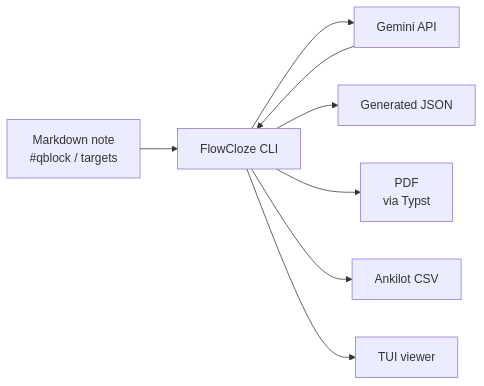
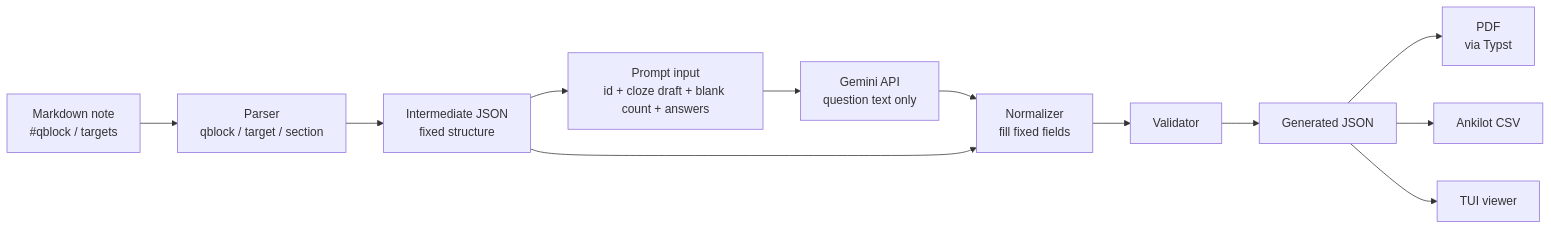
The diagram in README.en.md (sankaku789/FlowCloze), drawn with Mermaid before and after one commit. The commit also changed other lines of this file and 14 other files, not shown here.

````diff
--- a/README.en.md
+++ b/README.en.md
@@ -37,10 +38,14 @@
 ```mermaid
 flowchart LR
-    note[Markdown note<br/>#qblock / targets] --> cli[FlowCloze CLI]
-    cli --> gemini[Gemini API]
-    gemini --> cli
-    cli --> json[Generated JSON]
-    cli --> pdf[PDF<br/>via Typst]
-    cli --> csv[Ankilot CSV]
-    cli --> tui[TUI viewer]
+    note[Markdown note<br/>#qblock / targets] --> parse[Parser<br/>qblock / target / section]
+    parse --> intermediate[Intermediate JSON<br/>fixed structure]
+    intermediate --> prompt[Prompt input<br/>id + cloze draft + blank count + answers]
+    prompt --> gemini[Gemini API<br/>question text only]
+    gemini --> normalize[Normalizer<br/>fill fixed fields]
+    intermediate --> normalize
+    normalize --> validate[Validator]
+    validate --> json[Generated JSON]
+    json --> pdf[PDF<br/>via Typst]
+    json --> csv[Ankilot CSV]
+    json --> tui[TUI viewer]
 ```
````
